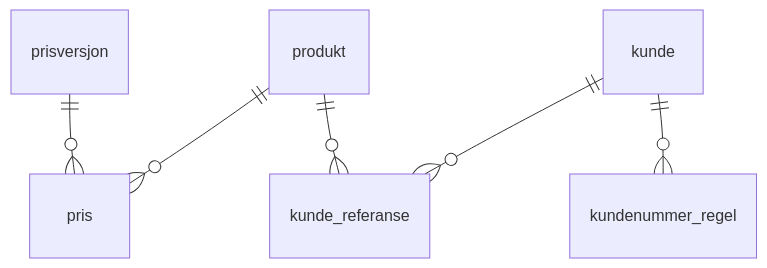
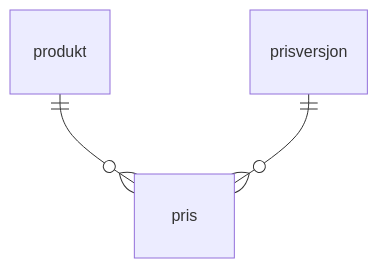
One commit to Altinn/pre-invoice-system changed the first of 2 diagrams in docs/03-datamodel.md. Above: the diagram before and after it, drawn with Mermaid. The commit also changed other lines of this file and 121 other files, not shown here.

````diff
--- a/docs/03-datamodel.md
+++ b/docs/03-datamodel.md
@@ -10,8 +10,5 @@
 ```mermaid
 erDiagram
   produkt ||--o{ pris : ""
   prisversjon ||--o{ pris : ""
-  kunde ||--o{ kunde_referanse : ""
-  produkt ||--o{ kunde_referanse : ""
-  kunde ||--o{ kundenummer_regel : ""
 ```
````
